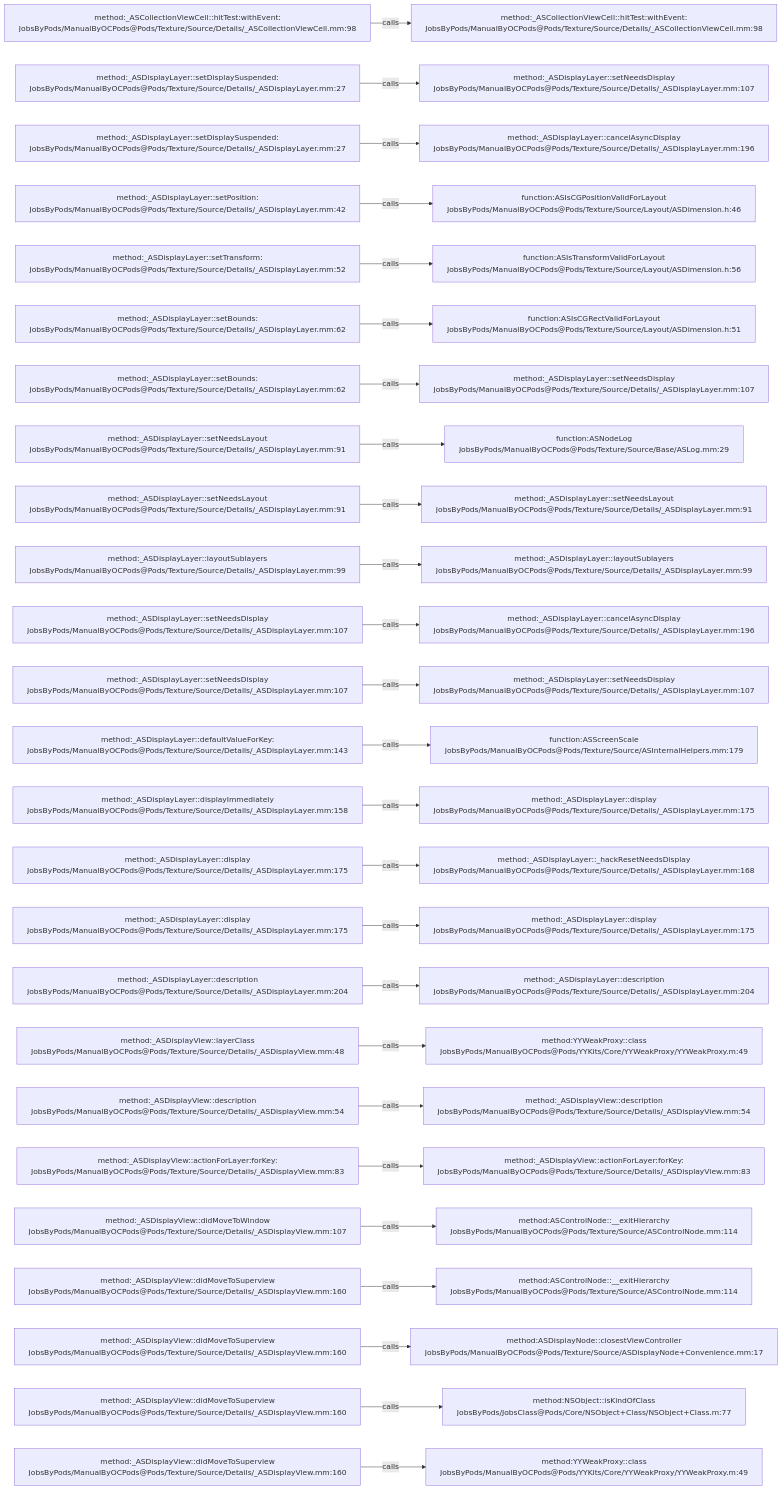
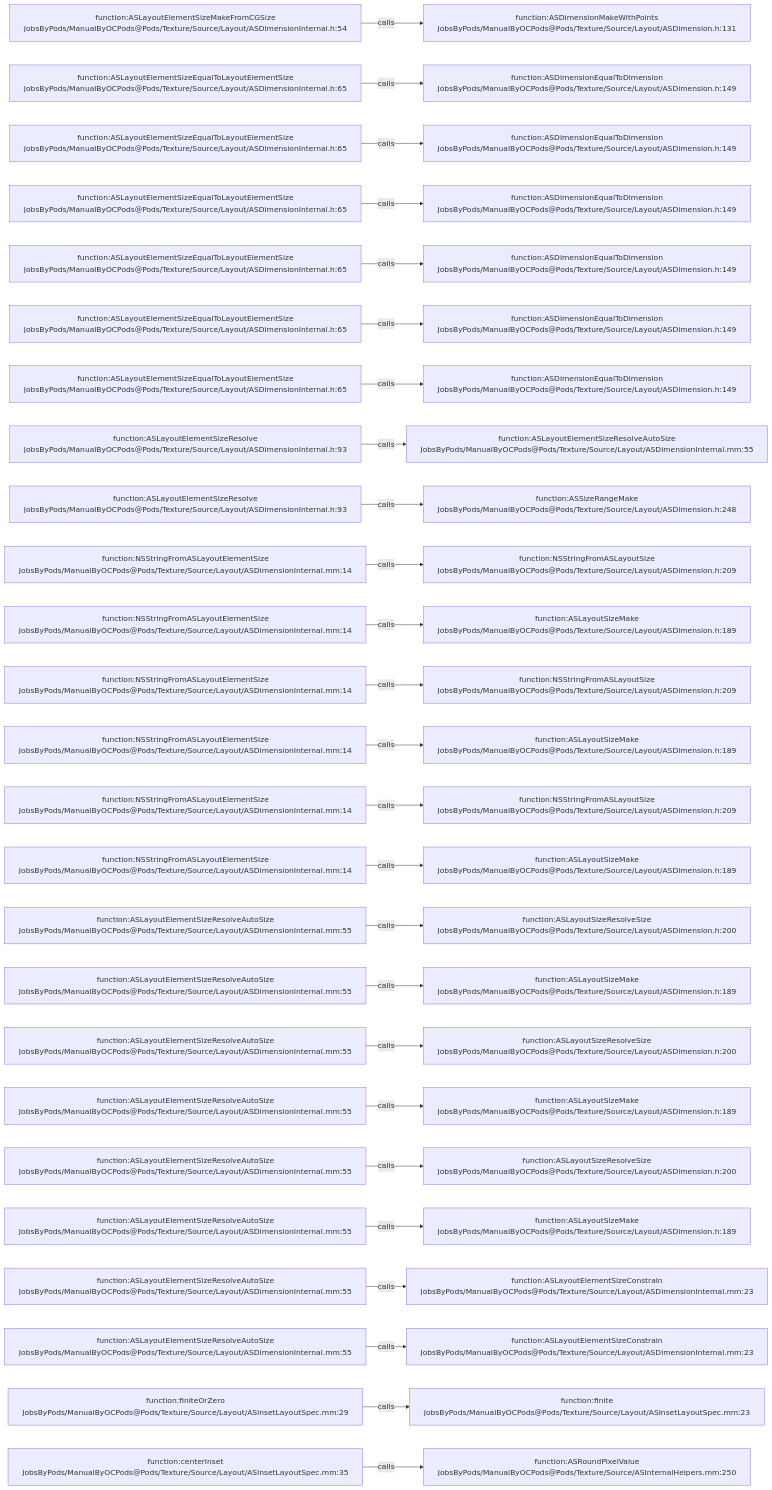
One commit to JobsKits/JobsOCBaseConfigDemo changed the diagram in .codegraph/codegraph.md/graphs/calls-179.md. Above: the diagram before and after it, drawn with Mermaid. The commit also changed 1223 other files, not shown here.

````diff
--- a/.codegraph/codegraph.md/graphs/calls-179.md
+++ b/.codegraph/codegraph.md/graphs/calls-179.md
@@ -13,78 +13,78 @@
 ```mermaid
 flowchart LR
-  S1["method:_ASCollectionViewCell::hitTest:withEvent:<br/>JobsByPods/ManualByOCPods@Pods/Texture/Source/Details/_ASCollectionViewCell.mm:98"]
-  T1["method:_ASCollectionViewCell::hitTest:withEvent:<br/>JobsByPods/ManualByOCPods@Pods/Texture/Source/Details/_ASCollectionViewCell.mm:98"]
+  S1["function:ASLayoutElementSizeMakeFromCGSize<br/>JobsByPods/ManualByOCPods@Pods/Texture/Source/Layout/ASDimensionInternal.h:54"]
+  T1["function:ASDimensionMakeWithPoints<br/>JobsByPods/ManualByOCPods@Pods/Texture/Source/Layout/ASDimension.h:131"]
   S1 -->|calls| T1
-  S2["method:_ASDisplayLayer::setDisplaySuspended:<br/>JobsByPods/ManualByOCPods@Pods/Texture/Source/Details/_ASDisplayLayer.mm:27"]
-  T2["method:_ASDisplayLayer::setNeedsDisplay<br/>JobsByPods/ManualByOCPods@Pods/Texture/Source/Details/_ASDisplayLayer.mm:107"]
+  S2["function:ASLayoutElementSizeEqualToLayoutElementSize<br/>JobsByPods/ManualByOCPods@Pods/Texture/Source/Layout/ASDimensionInternal.h:65"]
+  T2["function:ASDimensionEqualToDimension<br/>JobsByPods/ManualByOCPods@Pods/Texture/Source/Layout/ASDimension.h:149"]
   S2 -->|calls| T2
-  S3["method:_ASDisplayLayer::setDisplaySuspended:<br/>JobsByPods/ManualByOCPods@Pods/Texture/Source/Details/_ASDisplayLayer.mm:27"]
-  T3["method:_ASDisplayLayer::cancelAsyncDisplay<br/>JobsByPods/ManualByOCPods@Pods/Texture/Source/Details/_ASDisplayLayer.mm:196"]
+  S3["function:ASLayoutElementSizeEqualToLayoutElementSize<br/>JobsByPods/ManualByOCPods@Pods/Texture/Source/Layout/ASDimensionInternal.h:65"]
+  T3["function:ASDimensionEqualToDimension<br/>JobsByPods/ManualByOCPods@Pods/Texture/Source/Layout/ASDimension.h:149"]
   S3 -->|calls| T3
-  S4["method:_ASDisplayLayer::setPosition:<br/>JobsByPods/ManualByOCPods@Pods/Texture/Source/Details/_ASDisplayLayer.mm:42"]
-  T4["function:ASIsCGPositionValidForLayout<br/>JobsByPods/ManualByOCPods@Pods/Texture/Source/Layout/ASDimension.h:46"]
+  S4["function:ASLayoutElementSizeEqualToLayoutElementSize<br/>JobsByPods/ManualByOCPods@Pods/Texture/Source/Layout/ASDimensionInternal.h:65"]
+  T4["function:ASDimensionEqualToDimension<br/>JobsByPods/ManualByOCPods@Pods/Texture/Source/Layout/ASDimension.h:149"]
   S4 -->|calls| T4
-  S5["method:_ASDisplayLayer::setTransform:<br/>JobsByPods/ManualByOCPods@Pods/Texture/Source/Details/_ASDisplayLayer.mm:52"]
-  T5["function:ASIsTransformValidForLayout<br/>JobsByPods/ManualByOCPods@Pods/Texture/Source/Layout/ASDimension.h:56"]
+  S5["function:ASLayoutElementSizeEqualToLayoutElementSize<br/>JobsByPods/ManualByOCPods@Pods/Texture/Source/Layout/ASDimensionInternal.h:65"]
+  T5["function:ASDimensionEqualToDimension<br/>JobsByPods/ManualByOCPods@Pods/Texture/Source/Layout/ASDimension.h:149"]
   S5 -->|calls| T5
-  S6["method:_ASDisplayLayer::setBounds:<br/>JobsByPods/ManualByOCPods@Pods/Texture/Source/Details/_ASDisplayLayer.mm:62"]
-  T6["function:ASIsCGRectValidForLayout<br/>JobsByPods/ManualByOCPods@Pods/Texture/Source/Layout/ASDimension.h:51"]
+  S6["function:ASLayoutElementSizeEqualToLayoutElementSize<br/>JobsByPods/ManualByOCPods@Pods/Texture/Source/Layout/ASDimensionInternal.h:65"]
+  T6["function:ASDimensionEqualToDimension<br/>JobsByPods/ManualByOCPods@Pods/Texture/Source/Layout/ASDimension.h:149"]
   S6 -->|calls| T6
-  S7["method:_ASDisplayLayer::setBounds:<br/>JobsByPods/ManualByOCPods@Pods/Texture/Source/Details/_ASDisplayLayer.mm:62"]
-  T7["method:_ASDisplayLayer::setNeedsDisplay<br/>JobsByPods/ManualByOCPods@Pods/Texture/Source/Details/_ASDisplayLayer.mm:107"]
+  S7["function:ASLayoutElementSizeEqualToLayoutElementSize<br/>JobsByPods/ManualByOCPods@Pods/Texture/Source/Layout/ASDimensionInternal.h:65"]
+  T7["function:ASDimensionEqualToDimension<br/>JobsByPods/ManualByOCPods@Pods/Texture/Source/Layout/ASDimension.h:149"]
   S7 -->|calls| T7
-  S8["method:_ASDisplayLayer::setNeedsLayout<br/>JobsByPods/ManualByOCPods@Pods/Texture/Source/Details/_ASDisplayLayer.mm:91"]
-  T8["function:ASNodeLog<br/>JobsByPods/ManualByOCPods@Pods/Texture/Source/Base/ASLog.mm:29"]
+  S8["function:ASLayoutElementSizeResolve<br/>JobsByPods/ManualByOCPods@Pods/Texture/Source/Layout/ASDimensionInternal.h:93"]
+  T8["function:ASLayoutElementSizeResolveAutoSize<br/>JobsByPods/ManualByOCPods@Pods/Texture/Source/Layout/ASDimensionInternal.mm:55"]
   S8 -->|calls| T8
-  S9["method:_ASDisplayLayer::setNeedsLayout<br/>JobsByPods/ManualByOCPods@Pods/Texture/Source/Details/_ASDisplayLayer.mm:91"]
-  T9["method:_ASDisplayLayer::setNeedsLayout<br/>JobsByPods/ManualByOCPods@Pods/Texture/Source/Details/_ASDisplayLayer.mm:91"]
+  S9["function:ASLayoutElementSizeResolve<br/>JobsByPods/ManualByOCPods@Pods/Texture/Source/Layout/ASDimensionInternal.h:93"]
+  T9["function:ASSizeRangeMake<br/>JobsByPods/ManualByOCPods@Pods/Texture/Source/Layout/ASDimension.h:248"]
   S9 -->|calls| T9
-  S10["method:_ASDisplayLayer::layoutSublayers<br/>JobsByPods/ManualByOCPods@Pods/Texture/Source/Details/_ASDisplayLayer.mm:99"]
-  T10["method:_ASDisplayLayer::layoutSublayers<br/>JobsByPods/ManualByOCPods@Pods/Texture/Source/Details/_ASDisplayLayer.mm:99"]
+  S10["function:NSStringFromASLayoutElementSize<br/>JobsByPods/ManualByOCPods@Pods/Texture/Source/Layout/ASDimensionInternal.mm:14"]
+  T10["function:NSStringFromASLayoutSize<br/>JobsByPods/ManualByOCPods@Pods/Texture/Source/Layout/ASDimension.h:209"]
   S10 -->|calls| T10
-  S11["method:_ASDisplayLayer::setNeedsDisplay<br/>JobsByPods/ManualByOCPods@Pods/Texture/Source/Details/_ASDisplayLayer.mm:107"]
-  T11["method:_ASDisplayLayer::cancelAsyncDisplay<br/>JobsByPods/ManualByOCPods@Pods/Texture/Source/Details/_ASDisplayLayer.mm:196"]
+  S11["function:NSStringFromASLayoutElementSize<br/>JobsByPods/ManualByOCPods@Pods/Texture/Source/Layout/ASDimensionInternal.mm:14"]
+  T11["function:ASLayoutSizeMake<br/>JobsByPods/ManualByOCPods@Pods/Texture/Source/Layout/ASDimension.h:189"]
   S11 -->|calls| T11
-  S12["method:_ASDisplayLayer::setNeedsDisplay<br/>JobsByPods/ManualByOCPods@Pods/Texture/Source/Details/_ASDisplayLayer.mm:107"]
-  T12["method:_ASDisplayLayer::setNeedsDisplay<br/>JobsByPods/ManualByOCPods@Pods/Texture/Source/Details/_ASDisplayLayer.mm:107"]
+  S12["function:NSStringFromASLayoutElementSize<br/>JobsByPods/ManualByOCPods@Pods/Texture/Source/Layout/ASDimensionInternal.mm:14"]
+  T12["function:NSStringFromASLayoutSize<br/>JobsByPods/ManualByOCPods@Pods/Texture/Source/Layout/ASDimension.h:209"]
   S12 -->|calls| T12
-  S13["method:_ASDisplayLayer::defaultValueForKey:<br/>JobsByPods/ManualByOCPods@Pods/Texture/Source/Details/_ASDisplayLayer.mm:143"]
-  T13["function:ASScreenScale<br/>JobsByPods/ManualByOCPods@Pods/Texture/Source/ASInternalHelpers.mm:179"]
+  S13["function:NSStringFromASLayoutElementSize<br/>JobsByPods/ManualByOCPods@Pods/Texture/Source/Layout/ASDimensionInternal.mm:14"]
+  T13["function:ASLayoutSizeMake<br/>JobsByPods/ManualByOCPods@Pods/Texture/Source/Layout/ASDimension.h:189"]
   S13 -->|calls| T13
-  S14["method:_ASDisplayLayer::displayImmediately<br/>JobsByPods/ManualByOCPods@Pods/Texture/Source/Details/_ASDisplayLayer.mm:158"]
-  T14["method:_ASDisplayLayer::display<br/>JobsByPods/ManualByOCPods@Pods/Texture/Source/Details/_ASDisplayLayer.mm:175"]
+  S14["function:NSStringFromASLayoutElementSize<br/>JobsByPods/ManualByOCPods@Pods/Texture/Source/Layout/ASDimensionInternal.mm:14"]
+  T14["function:NSStringFromASLayoutSize<br/>JobsByPods/ManualByOCPods@Pods/Texture/Source/Layout/ASDimension.h:209"]
   S14 -->|calls| T14
-  S15["method:_ASDisplayLayer::display<br/>JobsByPods/ManualByOCPods@Pods/Texture/Source/Details/_ASDisplayLayer.mm:175"]
-  T15["method:_ASDisplayLayer::_hackResetNeedsDisplay<br/>JobsByPods/ManualByOCPods@Pods/Texture/Source/Details/_ASDisplayLayer.mm:168"]
+  S15["function:NSStringFromASLayoutElementSize<br/>JobsByPods/ManualByOCPods@Pods/Texture/Source/Layout/ASDimensionInternal.mm:14"]
+  T15["function:ASLayoutSizeMake<br/>JobsByPods/ManualByOCPods@Pods/Texture/Source/Layout/ASDimension.h:189"]
   S15 -->|calls| T15
-  S16["method:_ASDisplayLayer::display<br/>JobsByPods/ManualByOCPods@Pods/Texture/Source/Details/_ASDisplayLayer.mm:175"]
-  T16["method:_ASDisplayLayer::display<br/>JobsByPods/ManualByOCPods@Pods/Texture/Source/Details/_ASDisplayLayer.mm:175"]
+  S16["function:ASLayoutElementSizeResolveAutoSize<br/>JobsByPods/ManualByOCPods@Pods/Texture/Source/Layout/ASDimensionInternal.mm:55"]
+  T16["function:ASLayoutSizeResolveSize<br/>JobsByPods/ManualByOCPods@Pods/Texture/Source/Layout/ASDimension.h:200"]
   S16 -->|calls| T16
-  S17["method:_ASDisplayLayer::description<br/>JobsByPods/ManualByOCPods@Pods/Texture/Source/Details/_ASDisplayLayer.mm:204"]
-  T17["method:_ASDisplayLayer::description<br/>JobsByPods/ManualByOCPods@Pods/Texture/Source/Details/_ASDisplayLayer.mm:204"]
+  S17["function:ASLayoutElementSizeResolveAutoSize<br/>JobsByPods/ManualByOCPods@Pods/Texture/Source/Layout/ASDimensionInternal.mm:55"]
+  T17["function:ASLayoutSizeMake<br/>JobsByPods/ManualByOCPods@Pods/Texture/Source/Layout/ASDimension.h:189"]
   S17 -->|calls| T17
-  S18["method:_ASDisplayView::layerClass<br/>JobsByPods/ManualByOCPods@Pods/Texture/Source/Details/_ASDisplayView.mm:48"]
-  T18["method:YYWeakProxy::class<br/>JobsByPods/ManualByOCPods@Pods/YYKits/Core/YYWeakProxy/YYWeakProxy.m:49"]
+  S18["function:ASLayoutElementSizeResolveAutoSize<br/>JobsByPods/ManualByOCPods@Pods/Texture/Source/Layout/ASDimensionInternal.mm:55"]
+  T18["function:ASLayoutSizeResolveSize<br/>JobsByPods/ManualByOCPods@Pods/Texture/Source/Layout/ASDimension.h:200"]
   S18 -->|calls| T18
-  S19["method:_ASDisplayView::description<br/>JobsByPods/ManualByOCPods@Pods/Texture/Source/Details/_ASDisplayView.mm:54"]
-  T19["method:_ASDisplayView::description<br/>JobsByPods/ManualByOCPods@Pods/Texture/Source/Details/_ASDisplayView.mm:54"]
+  S19["function:ASLayoutElementSizeResolveAutoSize<br/>JobsByPods/ManualByOCPods@Pods/Texture/Source/Layout/ASDimensionInternal.mm:55"]
+  T19["function:ASLayoutSizeMake<br/>JobsByPods/ManualByOCPods@Pods/Texture/Source/Layout/ASDimension.h:189"]
   S19 -->|calls| T19
-  S20["method:_ASDisplayView::actionForLayer:forKey:<br/>JobsByPods/ManualByOCPods@Pods/Texture/Source/Details/_ASDisplayView.mm:83"]
-  T20["method:_ASDisplayView::actionForLayer:forKey:<br/>JobsByPods/ManualByOCPods@Pods/Texture/Source/Details/_ASDisplayView.mm:83"]
+  S20["function:ASLayoutElementSizeResolveAutoSize<br/>JobsByPods/ManualByOCPods@Pods/Texture/Source/Layout/ASDimensionInternal.mm:55"]
+  T20["function:ASLayoutSizeResolveSize<br/>JobsByPods/ManualByOCPods@Pods/Texture/Source/Layout/ASDimension.h:200"]
   S20 -->|calls| T20
-  S21["method:_ASDisplayView::didMoveToWindow<br/>JobsByPods/ManualByOCPods@Pods/Texture/Source/Details/_ASDisplayView.mm:107"]
-  T21["method:ASControlNode::__exitHierarchy<br/>JobsByPods/ManualByOCPods@Pods/Texture/Source/ASControlNode.mm:114"]
+  S21["function:ASLayoutElementSizeResolveAutoSize<br/>JobsByPods/ManualByOCPods@Pods/Texture/Source/Layout/ASDimensionInternal.mm:55"]
+  T21["function:ASLayoutSizeMake<br/>JobsByPods/ManualByOCPods@Pods/Texture/Source/Layout/ASDimension.h:189"]
   S21 -->|calls| T21
-  S22["method:_ASDisplayView::didMoveToSuperview<br/>JobsByPods/ManualByOCPods@Pods/Texture/Source/Details/_ASDisplayView.mm:160"]
-  T22["method:ASControlNode::__exitHierarchy<br/>JobsByPods/ManualByOCPods@Pods/Texture/Source/ASControlNode.mm:114"]
+  S22["function:ASLayoutElementSizeResolveAutoSize<br/>JobsByPods/ManualByOCPods@Pods/Texture/Source/Layout/ASDimensionInternal.mm:55"]
+  T22["function:ASLayoutElementSizeConstrain<br/>JobsByPods/ManualByOCPods@Pods/Texture/Source/Layout/ASDimensionInternal.mm:23"]
   S22 -->|calls| T22
-  S23["method:_ASDisplayView::didMoveToSuperview<br/>JobsByPods/ManualByOCPods@Pods/Texture/Source/Details/_ASDisplayView.mm:160"]
-  T23["method:ASDisplayNode::closestViewController<br/>JobsByPods/ManualByOCPods@Pods/Texture/Source/ASDisplayNode+Convenience.mm:17"]
+  S23["function:ASLayoutElementSizeResolveAutoSize<br/>JobsByPods/ManualByOCPods@Pods/Texture/Source/Layout/ASDimensionInternal.mm:55"]
+  T23["function:ASLayoutElementSizeConstrain<br/>JobsByPods/ManualByOCPods@Pods/Texture/Source/Layout/ASDimensionInternal.mm:23"]
   S23 -->|calls| T23
-  S24["method:_ASDisplayView::didMoveToSuperview<br/>JobsByPods/ManualByOCPods@Pods/Texture/Source/Details/_ASDisplayView.mm:160"]
-  T24["method:NSObject::isKindOfClass<br/>JobsByPods/JobsClass@Pods/Core/NSObject+Class/NSObject+Class.m:77"]
+  S24["function:finiteOrZero<br/>JobsByPods/ManualByOCPods@Pods/Texture/Source/Layout/ASInsetLayoutSpec.mm:29"]
+  T24["function:finite<br/>JobsByPods/ManualByOCPods@Pods/Texture/Source/Layout/ASInsetLayoutSpec.mm:23"]
   S24 -->|calls| T24
-  S25["method:_ASDisplayView::didMoveToSuperview<br/>JobsByPods/ManualByOCPods@Pods/Texture/Source/Details/_ASDisplayView.mm:160"]
-  T25["method:YYWeakProxy::class<br/>JobsByPods/ManualByOCPods@Pods/YYKits/Core/YYWeakProxy/YYWeakProxy.m:49"]
+  S25["function:centerInset<br/>JobsByPods/ManualByOCPods@Pods/Texture/Source/Layout/ASInsetLayoutSpec.mm:35"]
+  T25["function:ASRoundPixelValue<br/>JobsByPods/ManualByOCPods@Pods/Texture/Source/ASInternalHelpers.mm:250"]
   S25 -->|calls| T25
 ```
````
